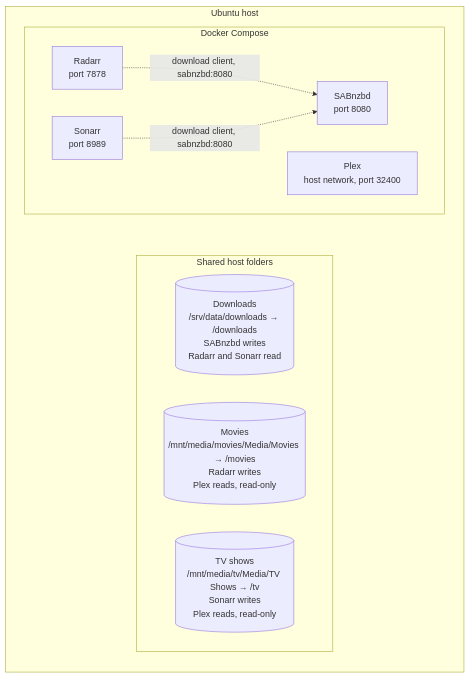
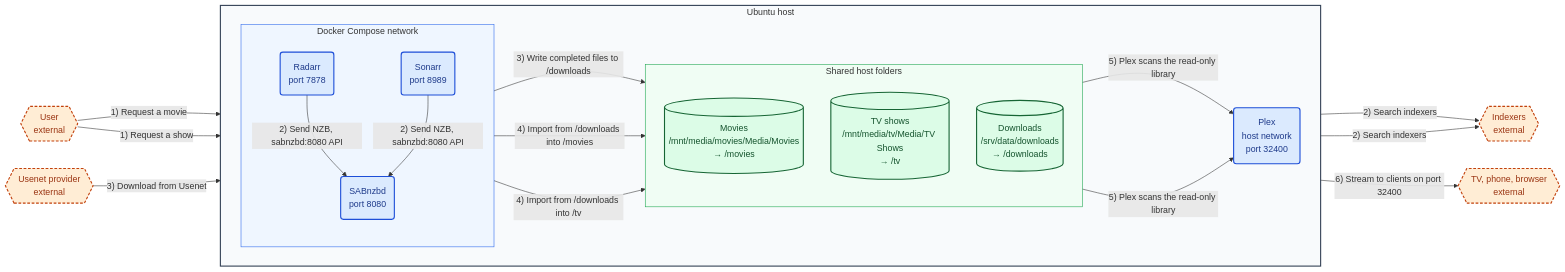
The diagram in README.md (edragon12/ubuntu-plex-media-server), drawn with Mermaid before and after one commit. The commit also changed other lines of this file, not shown here.

Commit message:
Show the media request path in the architecture diagram
Replace the container sketch with a left-to-right flow from a Radarr or Sonarr request through SABnzbd, the shared folders, and Plex playback.

````diff
--- a/README.md
+++ b/README.md
@@ -11,26 +11,51 @@
 ```mermaid
-flowchart TB
+flowchart LR
+  user{{"User<br/>external"}}
+  indexers{{"Indexers<br/>external"}}
+  usenet{{"Usenet provider<br/>external"}}
+
   subgraph host ["Ubuntu host"]
-    direction TB
-    subgraph compose ["Docker Compose"]
-      direction LR
-      sabnzbd["SABnzbd<br/>port 8080"]
-      radarr["Radarr<br/>port 7878"]
-      sonarr["Sonarr<br/>port 8989"]
-      plex["Plex<br/>host network, port 32400"]
-      radarr -.->|"download client, sabnzbd:8080"| sabnzbd
-      sonarr -.->|"download client, sabnzbd:8080"| sabnzbd
+    direction LR
+    subgraph net ["Docker Compose network"]
+      direction TB
+      radarr("Radarr<br/>port 7878")
+      sonarr("Sonarr<br/>port 8989")
+      sabnzbd("SABnzbd<br/>port 8080")
     end
 
     subgraph storage ["Shared host folders"]
-      direction LR
-      downloads[("Downloads<br/>/srv/data/downloads → /downloads<br/>SABnzbd writes<br/>Radarr and Sonarr read")]
-      movies[("Movies<br/>/mnt/media/movies/Media/Movies → /movies<br/>Radarr writes<br/>Plex reads, read-only")]
-      tv[("TV shows<br/>/mnt/media/tv/Media/TV Shows → /tv<br/>Sonarr writes<br/>Plex reads, read-only")]
+      direction TB
+      movies[("Movies<br/>/mnt/media/movies/Media/Movies<br/>→ /movies")]
+      tv[("TV shows<br/>/mnt/media/tv/Media/TV Shows<br/>→ /tv")]
+      downloads[("Downloads<br/>/srv/data/downloads<br/>→ /downloads")]
     end
 
-    sabnzbd ~~~ downloads
-    radarr ~~~ movies
-    sonarr ~~~ tv
+    plex("Plex<br/>host network<br/>port 32400")
   end
+
+  clients{{"TV, phone, browser<br/>external"}}
+
+  user -->|"1) Request a movie"| radarr
+  user -->|"1) Request a show"| sonarr
+  radarr -->|"2) Search indexers"| indexers
+  sonarr -->|"2) Search indexers"| indexers
+  radarr -->|"2) Send NZB, sabnzbd:8080 API"| sabnzbd
+  sonarr -->|"2) Send NZB, sabnzbd:8080 API"| sabnzbd
+  usenet -->|"3) Download from Usenet"| sabnzbd
+  sabnzbd -->|"3) Write completed files to /downloads"| downloads
+  radarr -->|"4) Import from /downloads into /movies"| movies
+  sonarr -->|"4) Import from /downloads into /tv"| tv
+  movies -->|"5) Plex scans the read-only library"| plex
+  tv -->|"5) Plex scans the read-only library"| plex
+  plex -->|"6) Stream to clients on port 32400"| clients
+
+  classDef app fill:#dbeafe,stroke:#1d4ed8,color:#1e3a8a,stroke-width:2px
+  classDef folder fill:#dcfce7,stroke:#166534,color:#14532d,stroke-width:2px
+  classDef external fill:#ffedd5,stroke:#c2410c,color:#9a3412,stroke-width:2px,stroke-dasharray: 5 3
+  class radarr,sonarr,sabnzbd,plex app
+  class movies,tv,downloads folder
+  class user,indexers,usenet,clients external
+  style host fill:#f8fafc,stroke:#334155,stroke-width:2px
+  style net fill:#eff6ff,stroke:#2563eb
+  style storage fill:#f0fdf4,stroke:#16a34a
 ```
````
